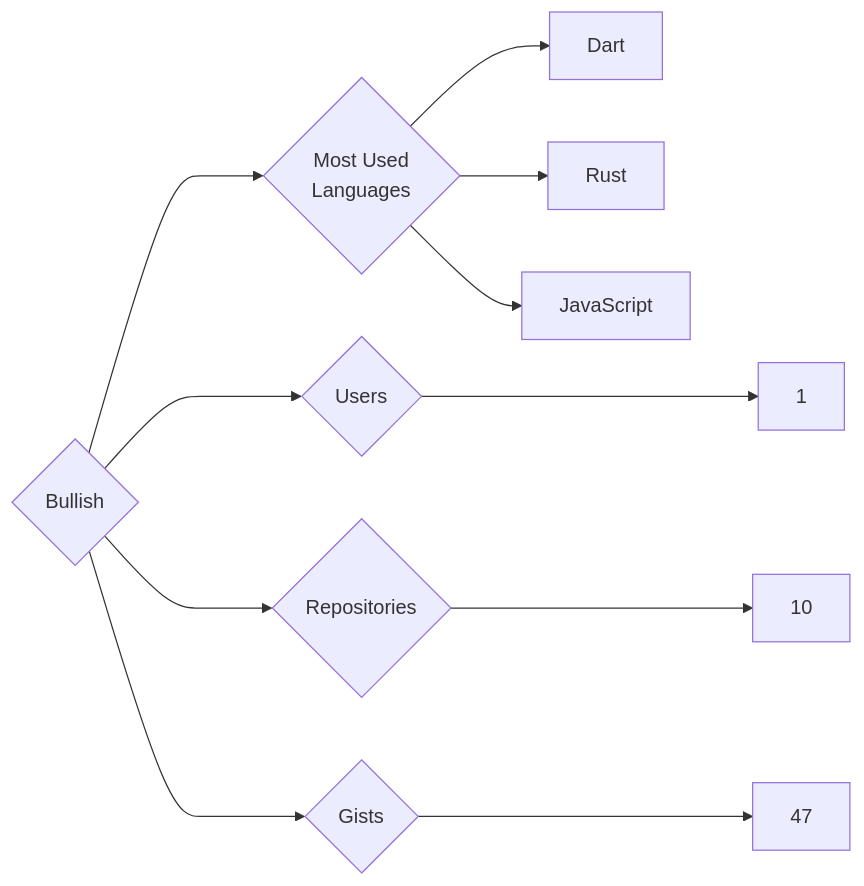
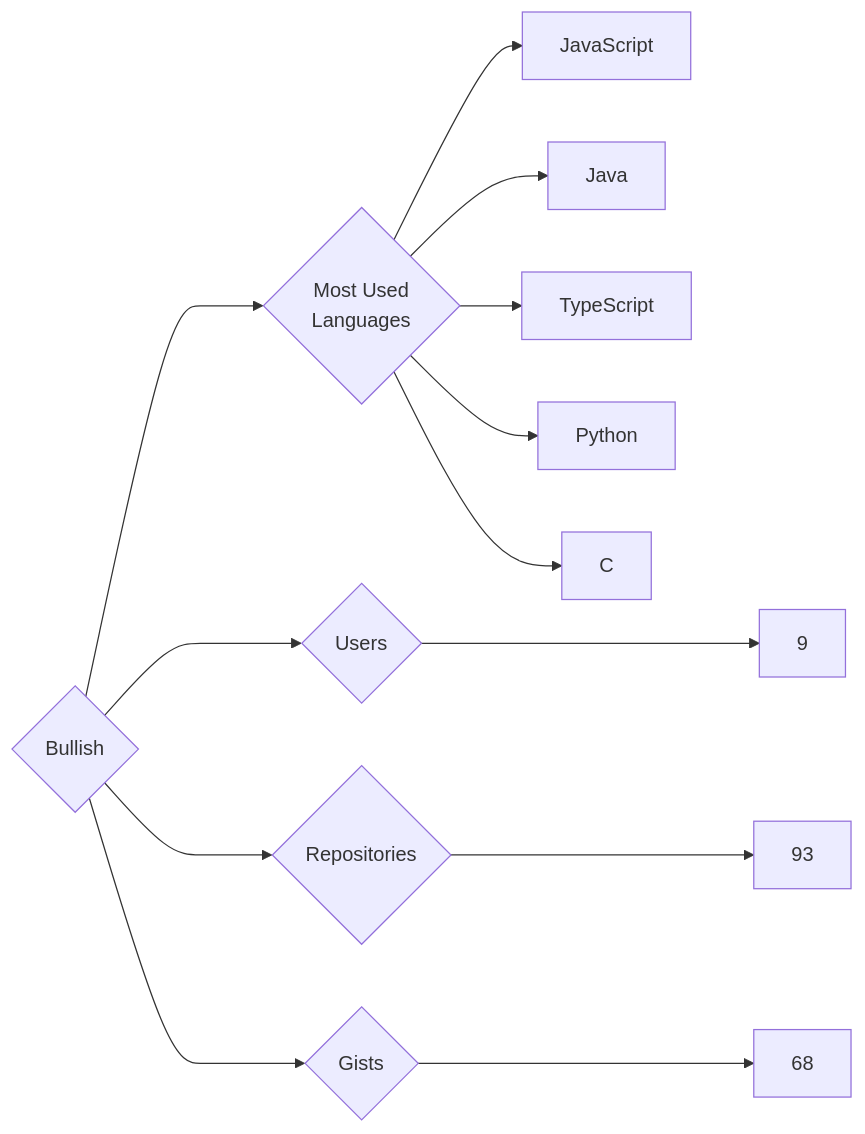
One commit to trickest/insiders changed the diagram in targets/Bullish/README.md. Above: the diagram before and after it, drawn with Mermaid. The commit also changed 1149 other files, not shown here.

````diff
--- a/targets/Bullish/README.md
+++ b/targets/Bullish/README.md
@@ -3,11 +3,13 @@
 ```mermaid
 graph LR
 COMPANY_NAME{Bullish}
-COMPANY_NAME ---> U{Users} ---> UN[1]
-COMPANY_NAME ---> R{Repositories} ---> RN[10]
-COMPANY_NAME ---> G{Gists} ---> GN[47]
+COMPANY_NAME ---> U{Users} ---> UN[9]
+COMPANY_NAME ---> R{Repositories} ---> RN[93]
+COMPANY_NAME ---> G{Gists} ---> GN[68]
 COMPANY_NAME ---> ML{Most Used<br>Languages}
-ML --> Dart[Dart]
-ML --> Rust[Rust]
 ML --> JavaScript[JavaScript]
+ML --> Java[Java]
+ML --> TypeScript[TypeScript]
+ML --> Python[Python]
+ML --> C[C]
 ```
````
